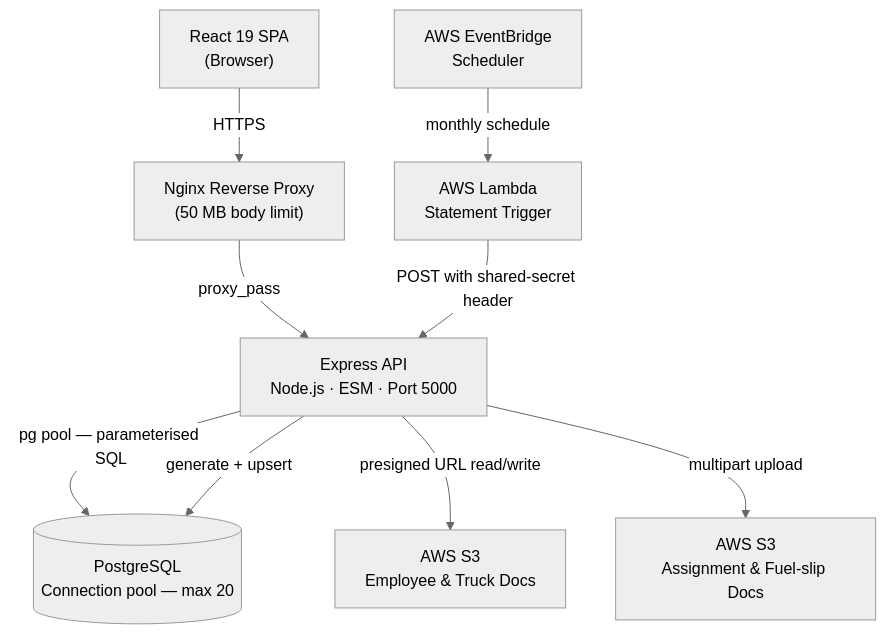
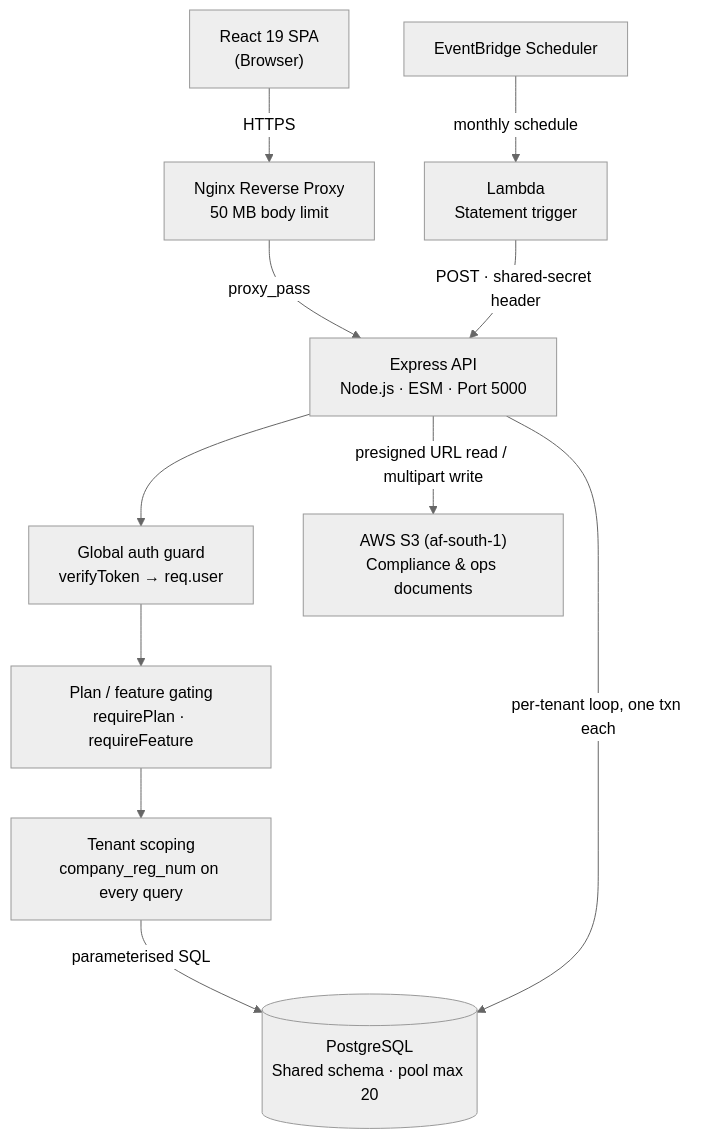
Before and after one commit to Kiveshan/logistics-platform-casestudy: the diagram in README.md, drawn with Mermaid (neutral theme). The commit also changed other lines of this file, not shown here.

First line of the commit message:
Rewrite README as multi-tenant SaaS case study

````diff
--- a/README.md
+++ b/README.md
@@ -14,20 +48,24 @@
 ```mermaid
 flowchart TD
-    Browser["React 19 SPA\n(Browser)"]
-    Nginx["Nginx Reverse Proxy\n(50 MB body limit)"]
-    Express["Express API\nNode.js · ESM · Port 5000"]
-    PG[("PostgreSQL\nConnection pool — max 20")]
-    S3_DOCS["AWS S3\nEmployee & Truck Docs"]
-    S3_OPS["AWS S3\nAssignment & Fuel-slip Docs"]
-    EventBridge["AWS EventBridge\nScheduler"]
-    Lambda["AWS Lambda\nStatement Trigger"]
+    Browser["React 19 SPA<br/>(Browser)"]
+    Nginx["Nginx Reverse Proxy<br/>50 MB body limit"]
+    Express["Express API<br/>Node.js · ESM · Port 5000"]
+    Guard["Global auth guard<br/>verifyToken → req.user"]
+    Tenant["Tenant scoping<br/>company_reg_num on every query"]
+    Plan["Plan / feature gating<br/>requirePlan · requireFeature"]
+    PG[("PostgreSQL<br/>Shared schema · pool max 20")]
+    S3["AWS S3 (af-south-1)<br/>Compliance & ops documents"]
+    EventBridge["EventBridge Scheduler"]
+    Lambda["Lambda<br/>Statement trigger"]
 
     Browser -->|HTTPS| Nginx
     Nginx -->|proxy_pass| Express
-    Express -->|pg pool — parameterised SQL| PG
-    Express -->|presigned URL read/write| S3_DOCS
-    Express -->|multipart upload| S3_OPS
+    Express --> Guard
+    Guard --> Plan
+    Plan --> Tenant
+    Tenant -->|parameterised SQL| PG
+    Express -->|presigned URL read / multipart write| S3
     EventBridge -->|monthly schedule| Lambda
-    Lambda -->|POST with shared-secret header| Express
-    Express -->|generate + upsert| PG
+    Lambda -->|POST · shared-secret header| Express
+    Express -->|per-tenant loop, one txn each| PG
 ```
````
